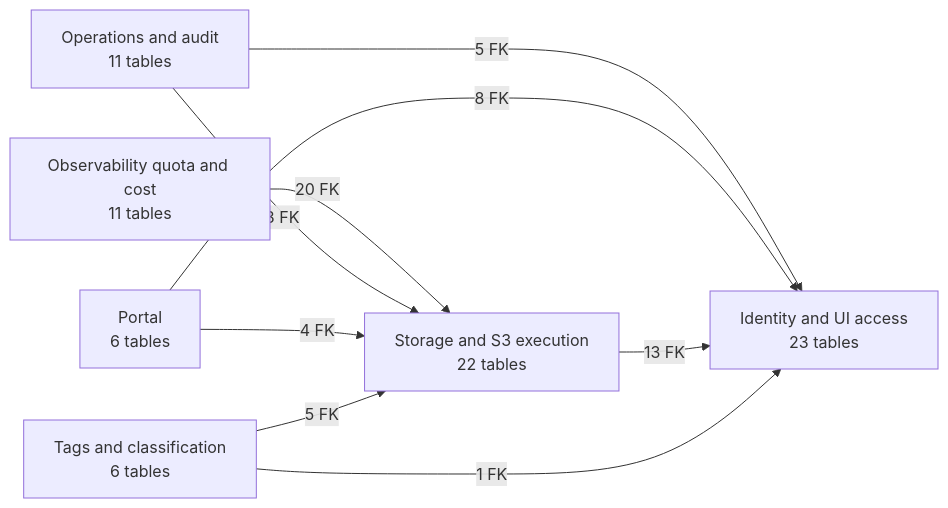
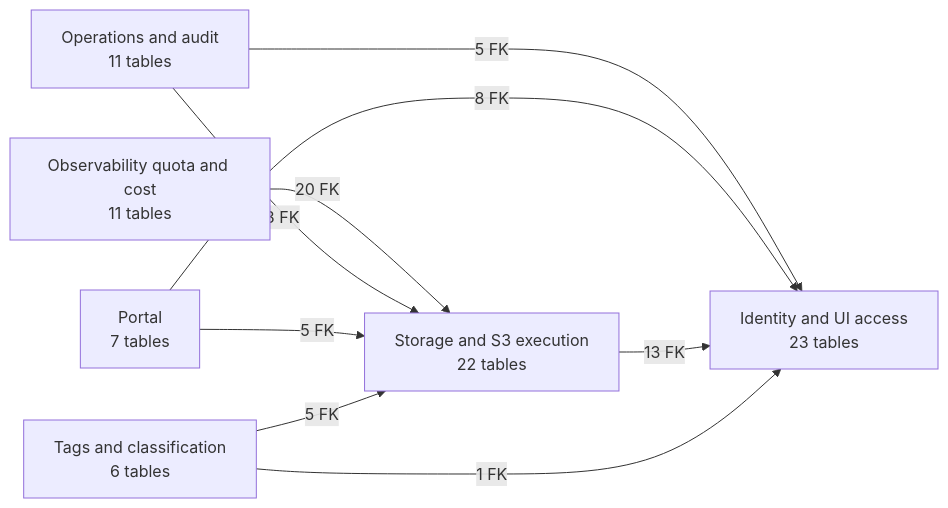
The diagram in doc/docs/developer/en/architecture/database-schema/overview.mmd (ksperis/bucketreef), drawn with Mermaid before and after one commit. The commit also changed 28 other files, not shown here.

```diff
--- a/doc/docs/developer/en/architecture/database-schema/overview.mmd
+++ b/doc/docs/developer/en/architecture/database-schema/overview.mmd
@@ -1,16 +1,16 @@
 flowchart LR
     %% Generated from backend/app/db SQLAlchemy models via app.db.Base.metadata.
     identity_ui_access["Identity and UI access<br/>23 tables"]
     storage_s3_execution["Storage and S3 execution<br/>22 tables"]
     tags_classification["Tags and classification<br/>6 tables"]
-    portal["Portal<br/>6 tables"]
+    portal["Portal<br/>7 tables"]
     operations_audit["Operations and audit<br/>11 tables"]
     observability_quota_cost["Observability quota and cost<br/>11 tables"]
     observability_quota_cost -->|"20 FK"| storage_s3_execution
     operations_audit -->|"5 FK"| identity_ui_access
     operations_audit -->|"3 FK"| storage_s3_execution
     portal -->|"8 FK"| identity_ui_access
-    portal -->|"4 FK"| storage_s3_execution
+    portal -->|"5 FK"| storage_s3_execution
     storage_s3_execution -->|"13 FK"| identity_ui_access
     tags_classification -->|"1 FK"| identity_ui_access
     tags_classification -->|"5 FK"| storage_s3_execution
```
